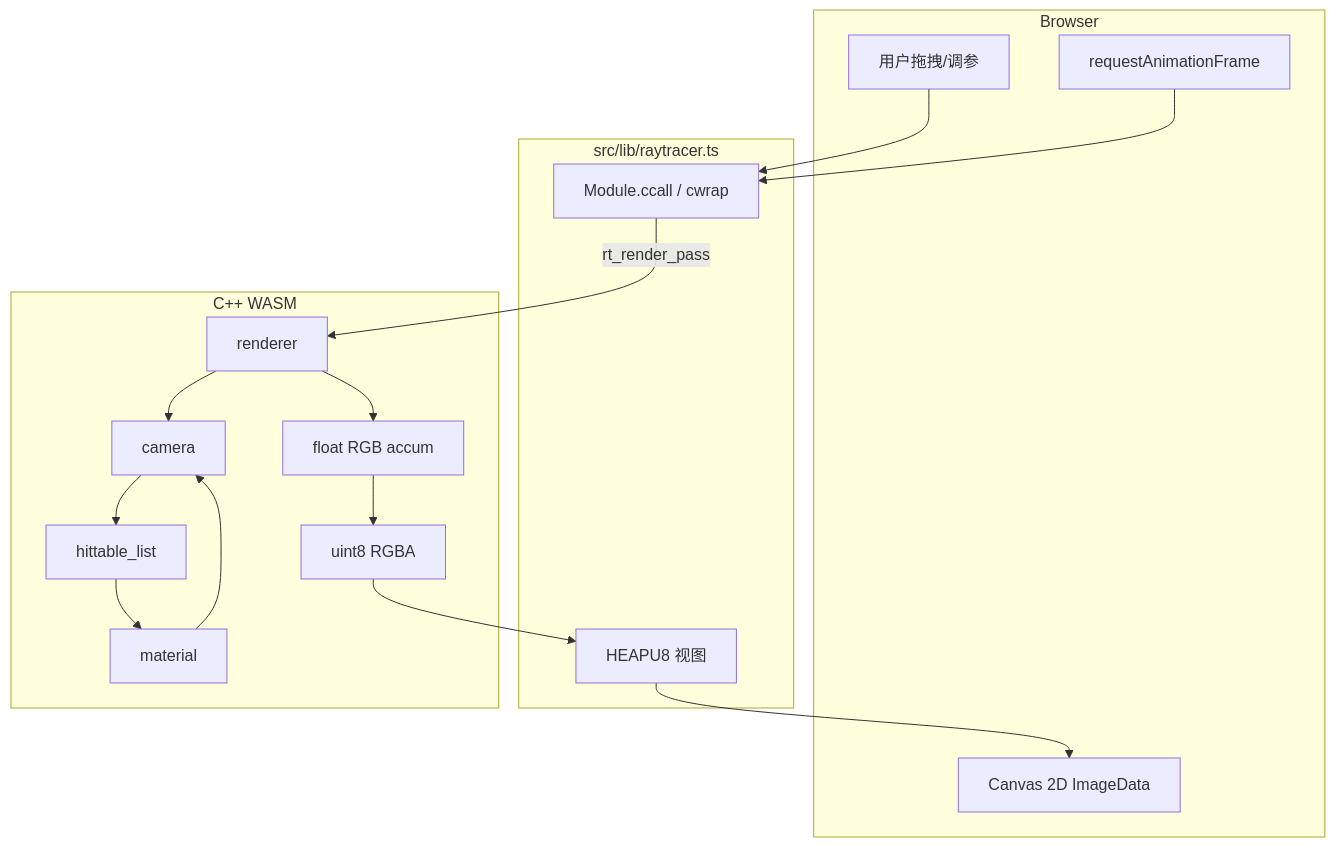
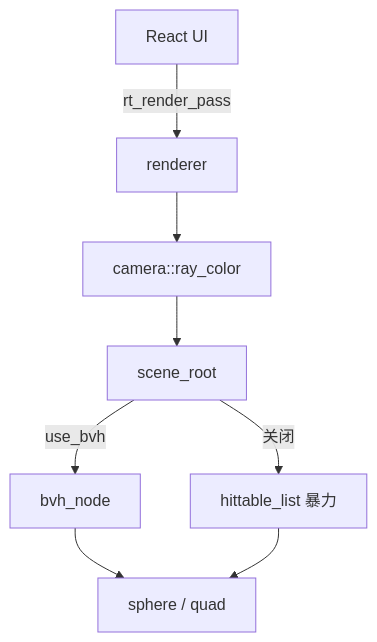
One commit to xiaoqianran/cpp-002 changed the first of 4 diagrams in docs/ARCHITECTURE.md. Above: the diagram before and after it, drawn with Mermaid. The commit also changed other lines of this file and 16 other files, not shown here.

````diff
--- a/docs/ARCHITECTURE.md
+++ b/docs/ARCHITECTURE.md
@@ -9,34 +9,10 @@
 ```mermaid
 flowchart TB
-  subgraph Browser
-    User[用户拖拽/调参]
-    RAF[requestAnimationFrame]
-    Canvas[Canvas 2D ImageData]
-  end
-
-  subgraph TS["src/lib/raytracer.ts"]
-    CCall[Module.ccall / cwrap]
-    HEAP[HEAPU8 视图]
-  end
-
-  subgraph CPP["C++ WASM"]
-    RT[renderer]
-    CAM[camera]
-    WORLD[hittable_list]
-    MAT[material]
-    ACC[float RGB accum]
-    RGBA[uint8 RGBA]
-  end
-
-  User --> CCall
-  RAF --> CCall
-  CCall -->|rt_render_pass| RT
-  RT --> CAM
-  CAM --> WORLD
-  WORLD --> MAT
-  MAT --> CAM
-  RT --> ACC
-  ACC --> RGBA
-  RGBA --> HEAP
-  HEAP --> Canvas
+  UI[React UI] -->|rt_render_pass| RT[renderer]
+  RT --> CAM[camera::ray_color]
+  CAM --> ROOT[scene_root]
+  ROOT -->|use_bvh| BVH[bvh_node]
+  ROOT -->|关闭| LIST[hittable_list 暴力]
+  BVH --> PRIM[sphere / quad]
+  LIST --> PRIM
 ```
````
